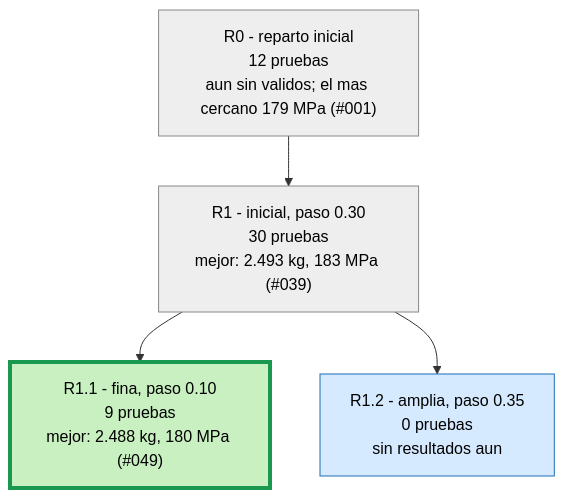
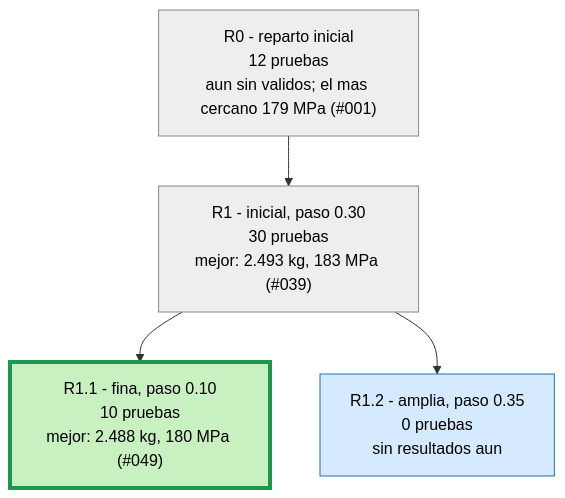
Before and after one commit to Hugiko/msd-soporte-optimizacion: the second of 3 diagrams in runs/opt_37800N/ARBOL.md, drawn with Mermaid. The commit also changed 22 other files, not shown here.

````diff
--- a/runs/opt_37800N/ARBOL.md
+++ b/runs/opt_37800N/ARBOL.md
@@ -21,13 +21,13 @@
 ```mermaid
 graph TD
 classDef activa fill:#d6eaff,stroke:#1f6fb5,color:#000
 classDef fin fill:#eeeeee,stroke:#888,color:#000
 classDef mejor fill:#c8f0c0,stroke:#1a9850,stroke-width:4px,color:#000
 R0["R0 - reparto inicial<br/>12 pruebas<br/>aun sin validos; el mas cercano 179 MPa (#001)"]:::fin
 R1["R1 - inicial, paso 0.30<br/>30 pruebas<br/>mejor: 2.493 kg, 183 MPa (#039)"]:::fin
 R0 --> R1
-R1_1["R1.1 - fina, paso 0.10<br/>9 pruebas<br/>mejor: 2.488 kg, 180 MPa (#049)"]:::mejor
+R1_1["R1.1 - fina, paso 0.10<br/>10 pruebas<br/>mejor: 2.488 kg, 180 MPa (#049)"]:::mejor
 R1 --> R1_1
 R1_2["R1.2 - amplia, paso 0.35<br/>0 pruebas<br/>sin resultados aun"]:::activa
 R1 --> R1_2
 ```
````
